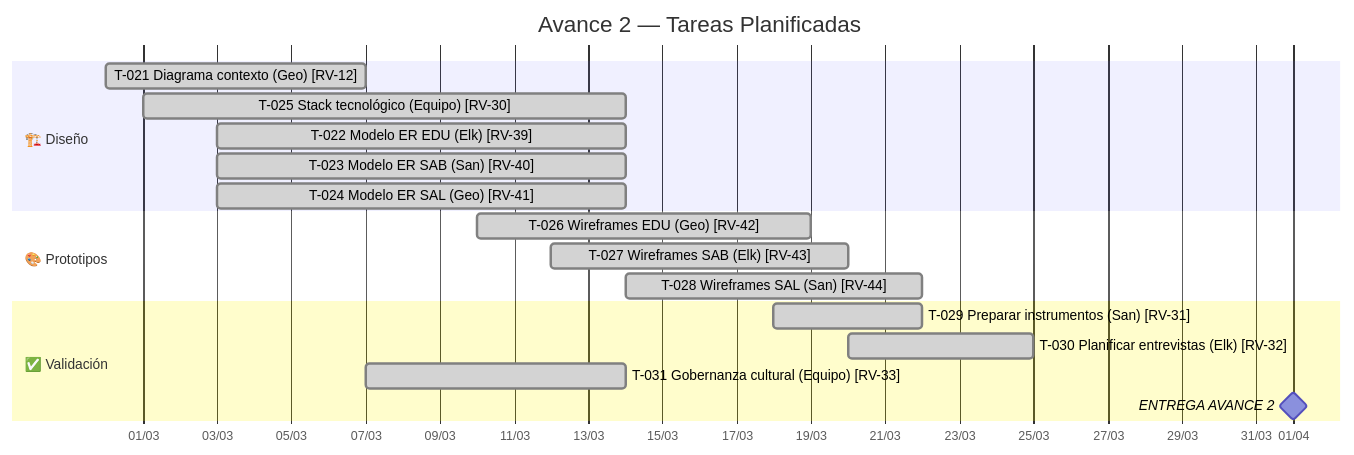
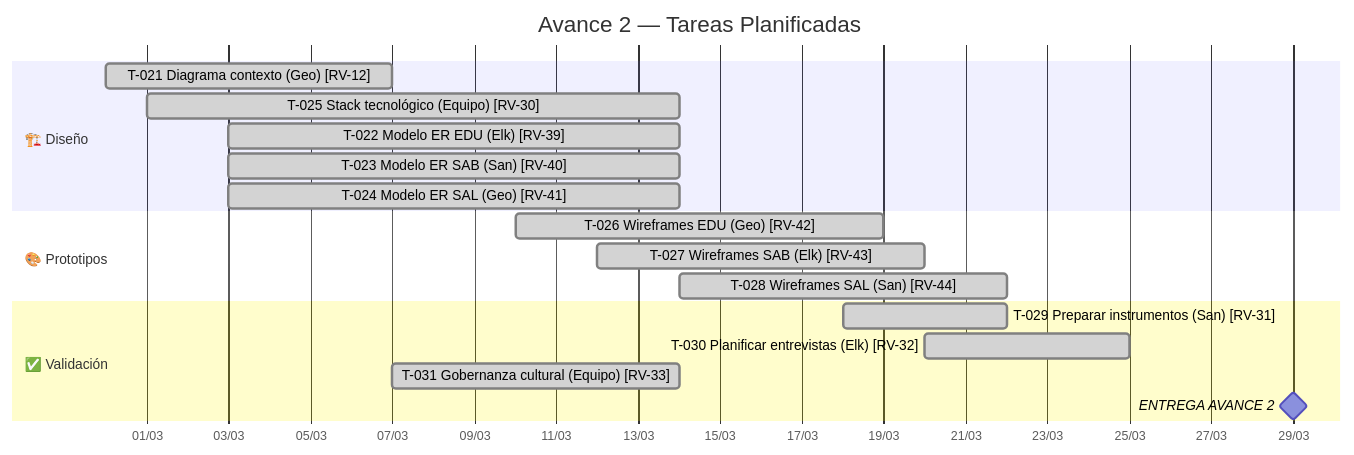
The third of 3 diagrams in 00-Dashboard/Roadmap.md (yonrasgg/RAICES_VIVAS), drawn with Mermaid before and after one commit. The commit also changed other lines of this file and 68 other files, not shown here.

````diff
--- a/00-Dashboard/Roadmap.md
+++ b/00-Dashboard/Roadmap.md
@@ -93,25 +93,25 @@
 ```mermaid
 gantt
     title Avance 2 — Tareas Planificadas
     dateFormat YYYY-MM-DD
     axisFormat %d/%m
     todayMarker stroke-width:3px,stroke:#f66,opacity:0.8
 
     section 🏗️ Diseño
     T-021 Diagrama contexto (Geo) [RV-12]  :done,   t21, 2026-02-28, 2026-03-07
     T-025 Stack tecnológico (Equipo) [RV-30]:done,  t25, 2026-03-01, 2026-03-14
     T-022 Modelo ER EDU (Elk) [RV-39]      :done,   t22, 2026-03-03, 2026-03-14
     T-023 Modelo ER SAB (San) [RV-40]      :done,   t23, 2026-03-03, 2026-03-14
     T-024 Modelo ER SAL (Geo) [RV-41]      :done,   t24, 2026-03-03, 2026-03-14
 
     section 🎨 Prototipos
     T-026 Wireframes EDU (Geo) [RV-42]     :done,   p1, 2026-03-10, 2026-03-19
     T-027 Wireframes SAB (Elk) [RV-43]     :done,   p2, 2026-03-12, 2026-03-20
     T-028 Wireframes SAL (San) [RV-44]     :done,   p3, 2026-03-14, 2026-03-22
 
     section ✅ Validación
     T-029 Preparar instrumentos (San) [RV-31]:done,  v1, 2026-03-18, 2026-03-22
     T-030 Planificar entrevistas (Elk) [RV-32]:done, v2, 2026-03-20, 2026-03-25
     T-031 Gobernanza cultural (Equipo) [RV-33]:done, v3, 2026-03-07, 2026-03-14
-    ENTREGA AVANCE 2                   :milestone, m2, 2026-04-01, 0d
+    ENTREGA AVANCE 2                   :milestone, m2, 2026-03-29, 0d
 ```
````
